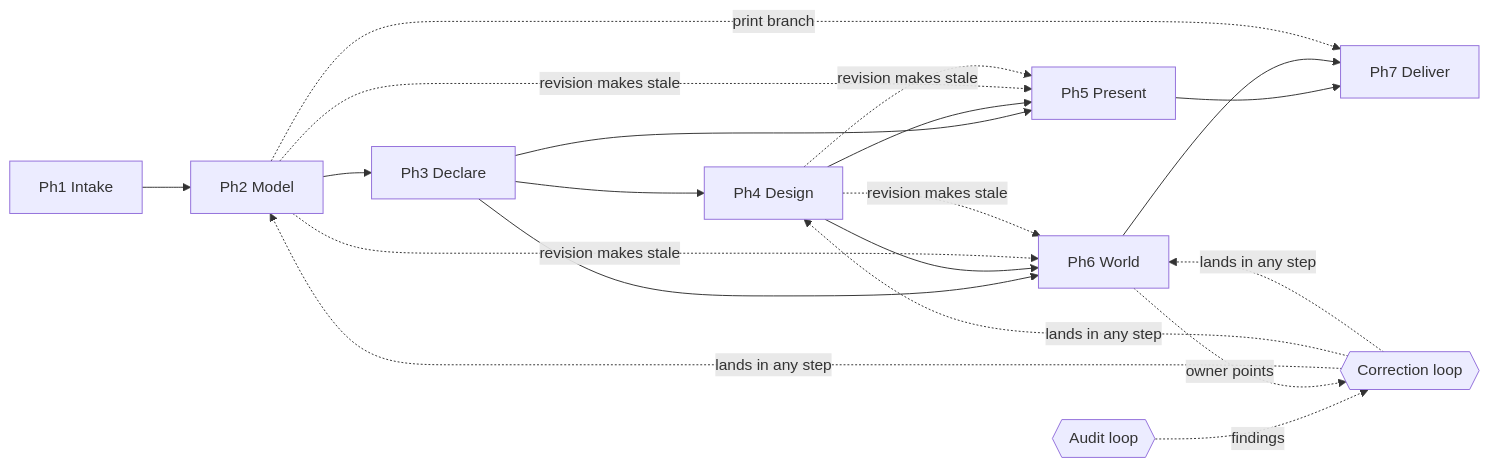
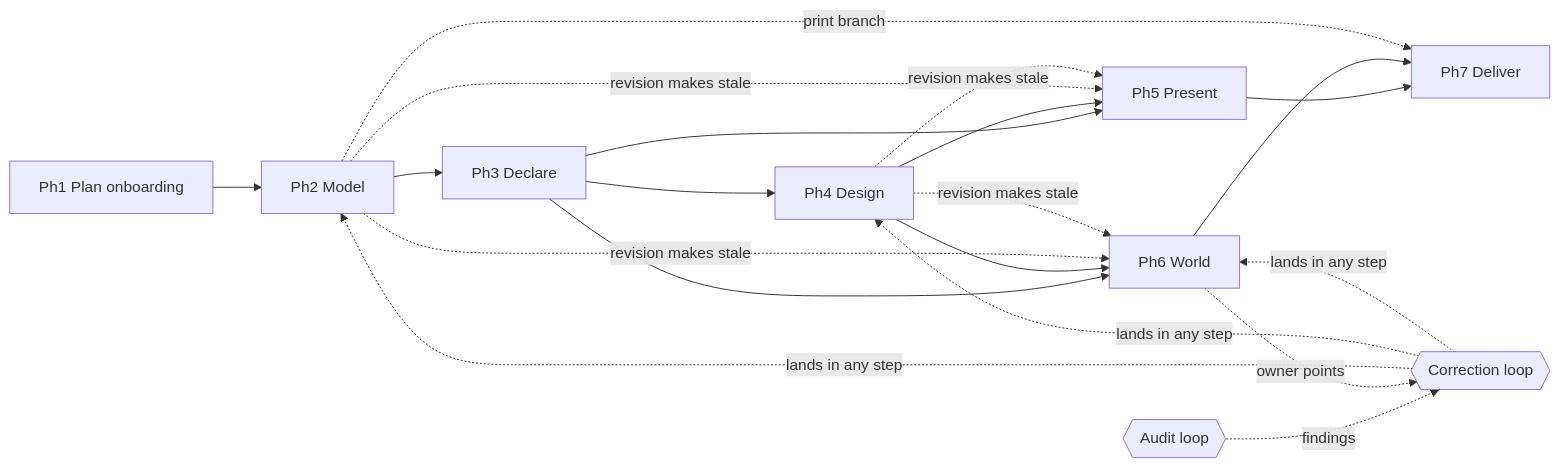
One commit to anthill-tec/parti changed the diagram in docs/research/DN-workflow-shape.md. Above: the diagram before and after it, drawn with Mermaid. The commit also changed other lines of this file and 3 other files, not shown here.

Commit message:
docs: D26 - the first phase is Plan onboarding: drawing PDFs, renders for texture and style cues, later other design tools; format converters and data pipelines into Parti's metadata (owner); glossary: Plan onboarding

````diff
--- a/docs/research/DN-workflow-shape.md
+++ b/docs/research/DN-workflow-shape.md
@@ -124,16 +124,16 @@
 ```mermaid
 flowchart LR
-  Ph1[Ph1 Intake] --> Ph2[Ph2 Model] --> Ph3[Ph3 Declare] --> Ph4[Ph4 Design]
+  Ph1[Ph1 Plan onboarding] --> Ph2[Ph2 Model] --> Ph3[Ph3 Declare] --> Ph4[Ph4 Design]
   Ph3 --> Ph5[Ph5 Present]
   Ph4 --> Ph5
   Ph3 --> Ph6[Ph6 World]
   Ph4 --> Ph6
   Ph5 --> Ph7[Ph7 Deliver]
   Ph6 --> Ph7
   Ph2 -. print branch .-> Ph7
   C{{Correction loop}} -. lands in any step .-> Ph2 & Ph4 & Ph6
   A{{Audit loop}} -. findings .-> C
   Ph6 -. owner points .-> C
   Ph2 -. revision makes stale .-> Ph5 & Ph6
   Ph4 -. revision makes stale .-> Ph5 & Ph6
 ```
````
